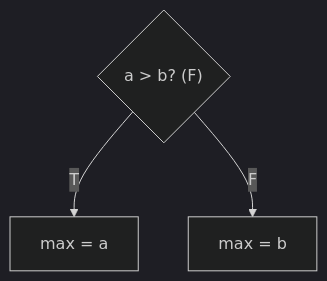
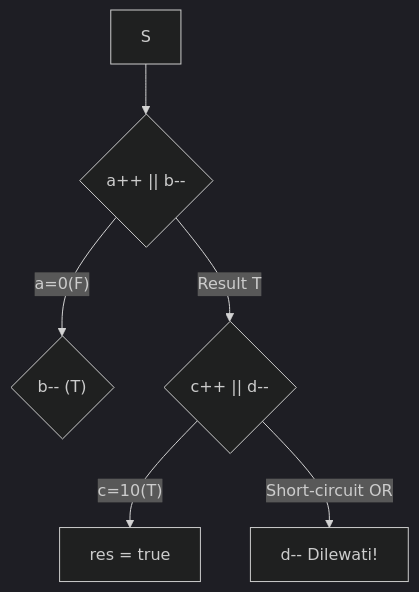
The diagram in part-c-pemahaman-cpp/02-percabangan/latihan/set-05.md (amnahwaida/OSNK_INF_PREP), drawn with Mermaid (dark theme) before and after one commit. The commit also changed other lines of this file, not shown here.

````diff
--- a/part-c-pemahaman-cpp/02-percabangan/latihan/set-05.md
+++ b/part-c-pemahaman-cpp/02-percabangan/latihan/set-05.md
@@ -139,6 +59,8 @@
-```mermaid
-graph TD
-A{"a > b? (F)"}
-A -- T --> B["max = a"]
-A -- F --> C["max = b"]
-```
+ ```mermaid
+ graph TD
+ S --> L1{"a++ || b--"}
+ L1 -- a=0(F) --> L2{"b-- (T)"}
+ L1 -- Result T --> R2{"c++ || d--"}
+ R2 -- c=10(T) --> End["res = true"]
+ R2 -- Short-circuit OR --> Skip["d-- Dilewati!"]
+ ```
````
